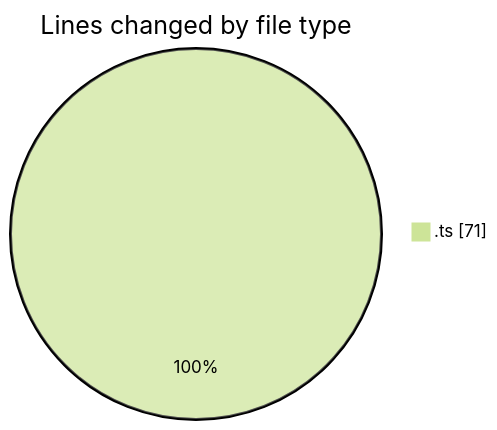
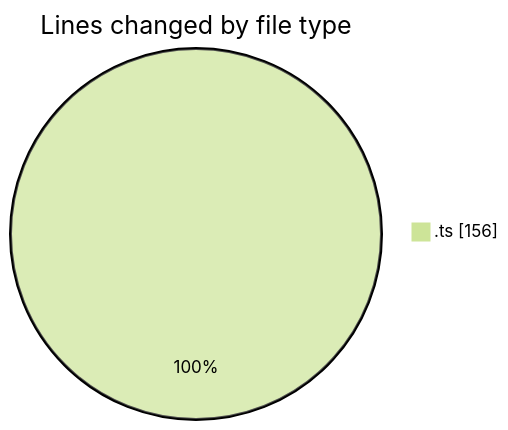
The first of 2 diagrams in 2026-02-09/singularitybrainai/README.md (tmsrecording-cyber/code-tracking), drawn with Mermaid (forest theme) before and after one commit. The commit also changed other lines of this file and 1 other file, not shown here.

````diff
--- a/2026-02-09/singularitybrainai/README.md
+++ b/2026-02-09/singularitybrainai/README.md
@@ -20,5 +20,5 @@
 ```mermaid
 pie showData
 title Lines changed by file type
-".ts" : 71
+".ts" : 156
 ```
````
